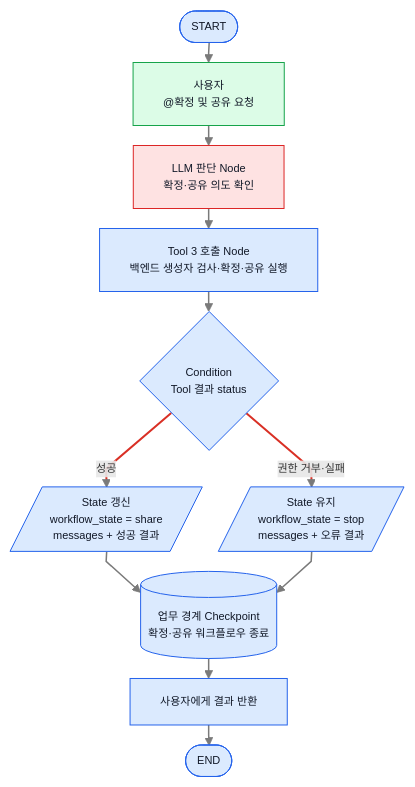
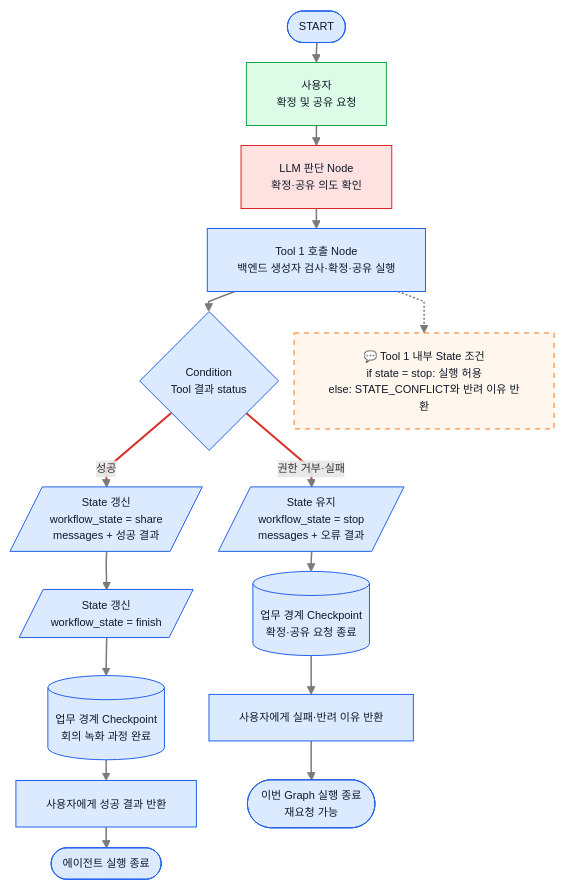
The fifth of 8 diagrams in ZENAI/에이전트 설계/회의록 에이전트 설계/1. 회의록 에이전트 워크플로우 graph 정의.md (ericyum/Obsidian), drawn with Mermaid before and after one commit. The commit also changed other lines of this file and 7 other files, not shown here.

````diff
--- a/ZENAI/에이전트 설계/회의록 에이전트 설계/1. 회의록 에이전트 워크플로우 graph 정의.md
+++ b/ZENAI/에이전트 설계/회의록 에이전트 설계/1. 회의록 에이전트 워크플로우 graph 정의.md
@@ -292,22 +270,28 @@
 ```mermaid
 %%{init: {"flowchart": {"useMaxWidth": true, "nodeSpacing": 16, "rankSpacing": 20, "curve": "linear"}, "themeVariables": {"fontSize": "11px"}}}%%
 flowchart TB
-    S(["START"]) --> U["사용자<br/>@확정 및 공유 요청"]
+    S(["START"]) --> U["사용자<br/>확정 및 공유 요청"]
     U --> A["LLM 판단 Node<br/>확정·공유 의도 확인"]
-    A --> T3["Tool 3 호출 Node<br/>백엔드 생성자 검사·확정·공유 실행"]
+    A --> T3["Tool 1 호출 Node<br/>백엔드 생성자 검사·확정·공유 실행"]
     T3 --> C{"Condition<br/>Tool 결과 status"}
     C -->|"성공"| SS[/"State 갱신<br/>workflow_state = share<br/>messages + 성공 결과"/]
     C -->|"권한 거부·실패"| SF[/"State 유지<br/>workflow_state = stop<br/>messages + 오류 결과"/]
-    SS --> CP[("업무 경계 Checkpoint<br/>확정·공유 워크플로우 종료")]
-    SF --> CP
-    CP --> R["사용자에게 결과 반환"]
-    R --> E(["END"])
+    SS --> FIN[/"State 갱신<br/>workflow_state = finish"/]
+    FIN --> CPS[("업무 경계 Checkpoint<br/>회의 녹화 과정 완료")]
+    CPS --> RS["사용자에게 성공 결과 반환"]
+    RS --> E1(["에이전트 실행 종료"])
+    SF --> CPF[("업무 경계 Checkpoint<br/>확정·공유 요청 종료")]
+    CPF --> RF["사용자에게 실패·반려 이유 반환"]
+    RF --> E2(["이번 Graph 실행 종료<br/>재요청 가능"])
+    T3 -.-> N3["💬 Tool 1 내부 State 조건<br/>if state = stop: 실행 허용<br/>else: STATE_CONFLICT와 반려 이유 반환"]
     classDef user fill:#dcfce7,stroke:#16a34a,color:#111827;
     classDef internal fill:#dbeafe,stroke:#2563eb,color:#111827;
     classDef llm fill:#fee2e2,stroke:#dc2626,color:#111827;
+    classDef note fill:#fff7ed,stroke:#f97316,color:#111827,stroke-dasharray: 5 5;
     class U user;
     class A llm;
-    class S,T3,C,SS,SF,CP,R,E internal;
+    class N3 note;
+    class S,T3,C,SS,SF,FIN,CPS,RS,E1,CPF,RF,E2 internal;
     linkStyle default stroke:#7a7a7a,stroke-width:1.5px;
     linkStyle 4,5 stroke:#d93025,stroke-width:2px;
 ```
````
